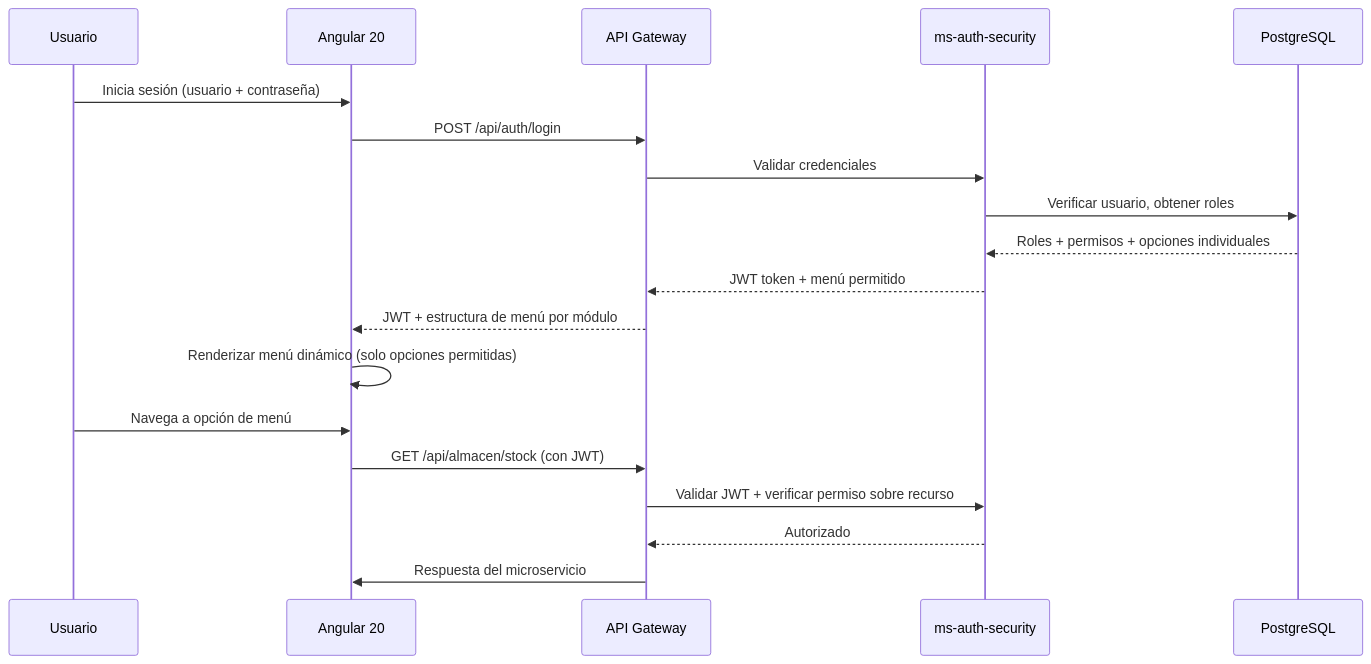
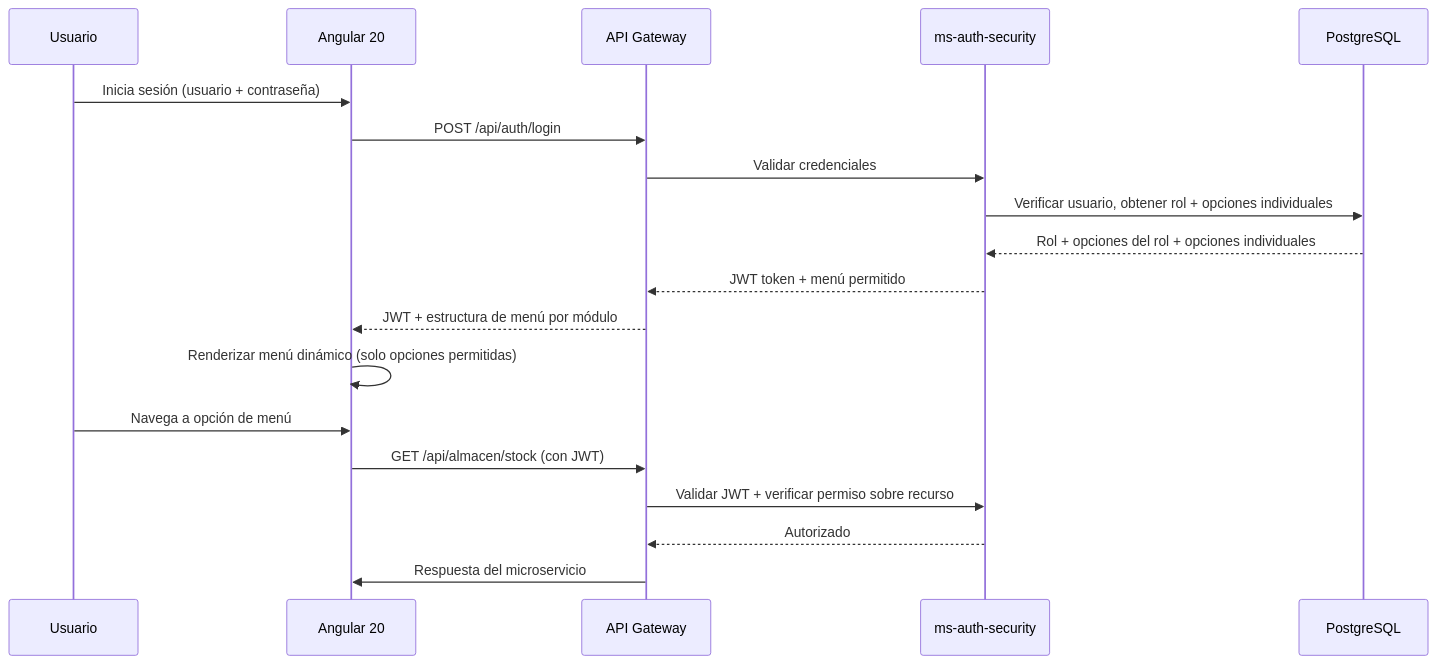
One commit to jramirezch1978/sigre_web changed the tenth of 12 diagrams in restaurante.pe/ROADMAP_RESTAURANT_PE.md. Above: the diagram before and after it, drawn with Mermaid. The commit also changed other lines of this file, not shown here.

Commit message:
fix: Corregir modelo de seguridad - un usuario tiene un solo rol, opciones de menu individuales como excepcion extraordinaria

````diff
--- a/restaurante.pe/ROADMAP_RESTAURANT_PE.md
+++ b/restaurante.pe/ROADMAP_RESTAURANT_PE.md
@@ -587,22 +588,22 @@
 ```mermaid
 sequenceDiagram
     participant U as Usuario
     participant FE as Angular 20
     participant GW as API Gateway
     participant AUTH as ms-auth-security
     participant DB as PostgreSQL
 
     U->>FE: Inicia sesión (usuario + contraseña)
     FE->>GW: POST /api/auth/login
     GW->>AUTH: Validar credenciales
-    AUTH->>DB: Verificar usuario, obtener roles
-    DB-->>AUTH: Roles + permisos + opciones individuales
+    AUTH->>DB: Verificar usuario, obtener rol + opciones individuales
+    DB-->>AUTH: Rol + opciones del rol + opciones individuales
     AUTH-->>GW: JWT token + menú permitido
     GW-->>FE: JWT + estructura de menú por módulo
     FE->>FE: Renderizar menú dinámico (solo opciones permitidas)
     U->>FE: Navega a opción de menú
     FE->>GW: GET /api/almacen/stock (con JWT)
     GW->>AUTH: Validar JWT + verificar permiso sobre recurso
     AUTH-->>GW: Autorizado
     GW->>FE: Respuesta del microservicio
 ```
````
